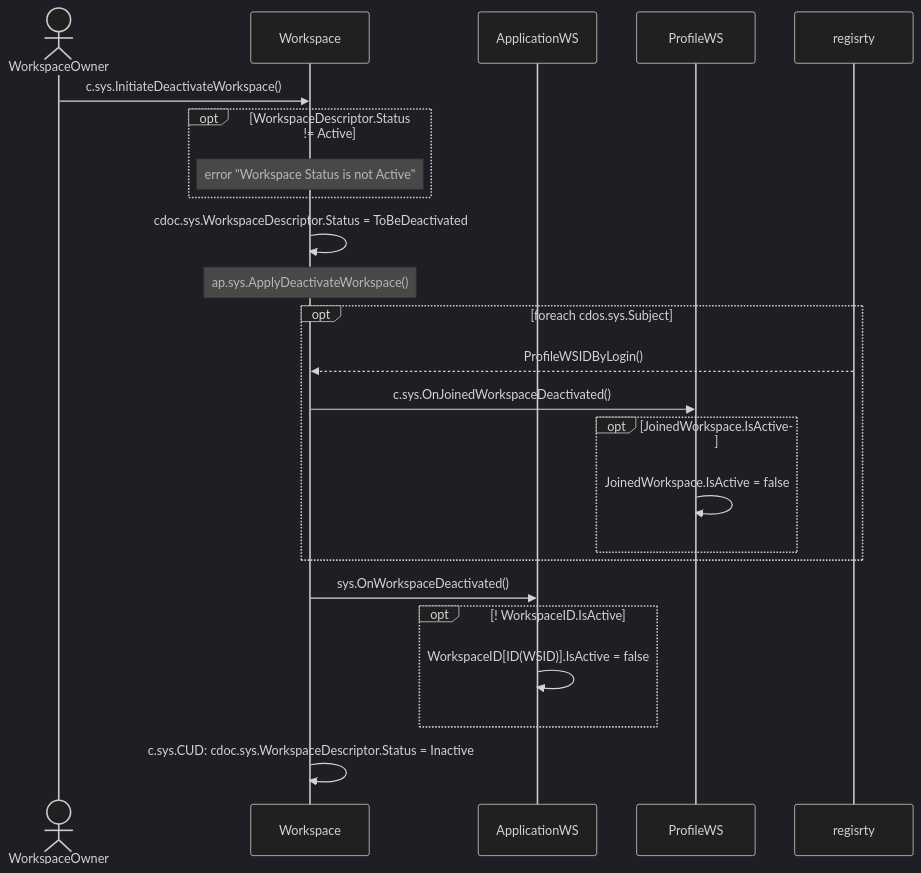
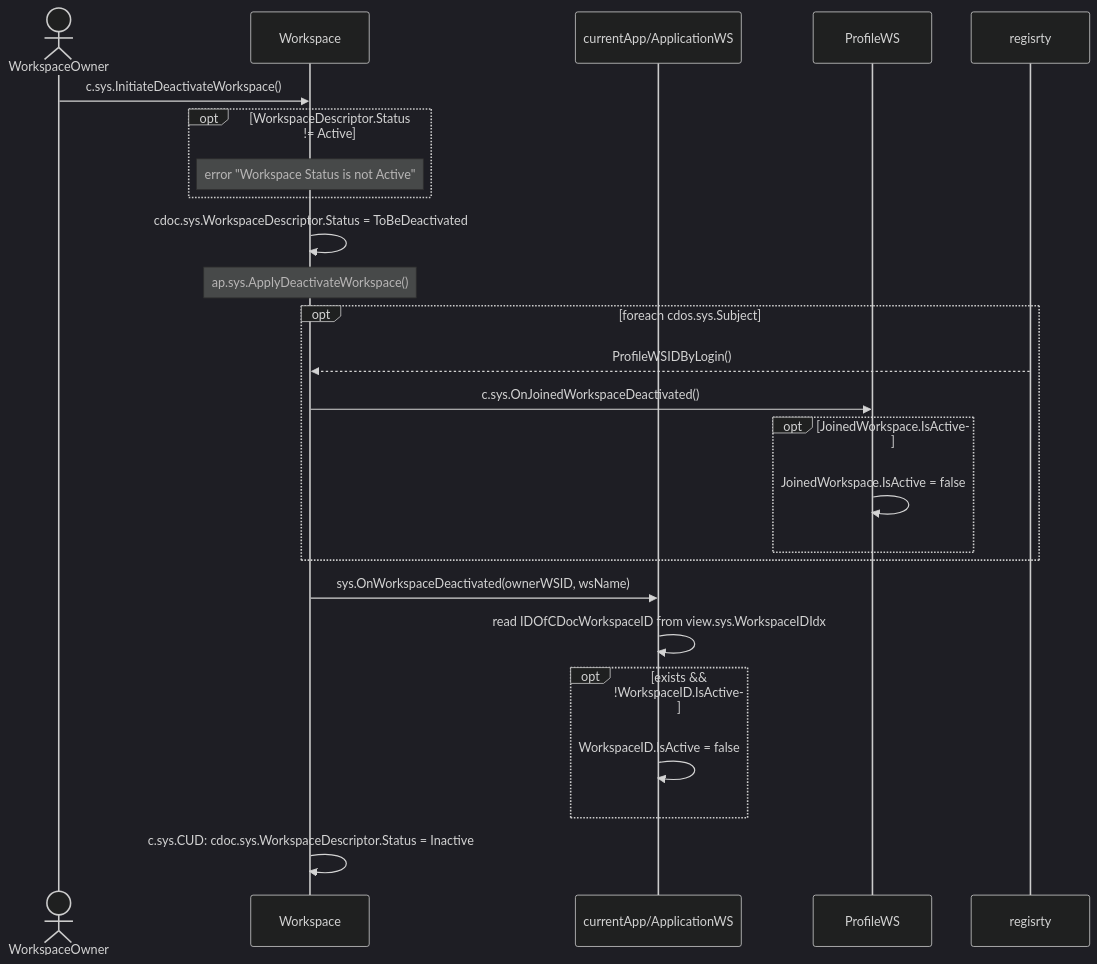
Before and after one commit to voedger/voedger: the diagram in design/workspaces/deactivate-workspace.md, drawn with Mermaid (dark theme). The commit also changed 1 other file, not shown here.

````diff
--- a/design/workspaces/deactivate-workspace.md
+++ b/design/workspaces/deactivate-workspace.md
@@ -25,33 +25,34 @@
 ```mermaid
     sequenceDiagram
 
     actor owner as WorkspaceOwner
     participant ws as Workspace
-    participant appws as ApplicationWS
+    participant appws as currentApp/ApplicationWS
     participant profile as ProfileWS
     participant registry as regisrty
 
     owner ->> ws: c.sys.InitiateDeactivateWorkspace()
     opt WorkspaceDescriptor.Status != Active
       note over ws: error "Workspace Status is not Active"
     end
 
     ws ->> ws: cdoc.sys.WorkspaceDescriptor.Status = ToBeDeactivated
 
     note over ws: ap.sys.ApplyDeactivateWorkspace()
     opt foreach cdos.sys.Subject
       registry -->> ws : ProfileWSIDByLogin()
       ws ->> profile: c.sys.OnJoinedWorkspaceDeactivated()
       opt JoinedWorkspace.IsActive
         profile ->> profile: JoinedWorkspace.IsActive = false
       end
     end
 
-    ws ->> appws: sys.OnWorkspaceDeactivated()
-    opt ! WorkspaceID.IsActive
-      appws ->> appws: WorkspaceID[ID(WSID)].IsActive = false
+    ws ->> appws: sys.OnWorkspaceDeactivated(ownerWSID, wsName)
+    appws ->> appws: read IDOfCDocWorkspaceID from view.sys.WorkspaceIDIdx
+    opt exists && !WorkspaceID.IsActive
+      appws ->> appws: WorkspaceID.IsActive = false
     end
 
     ws ->> ws: c.sys.CUD: cdoc.sys.WorkspaceDescriptor.Status = Inactive
 
 ```
````
